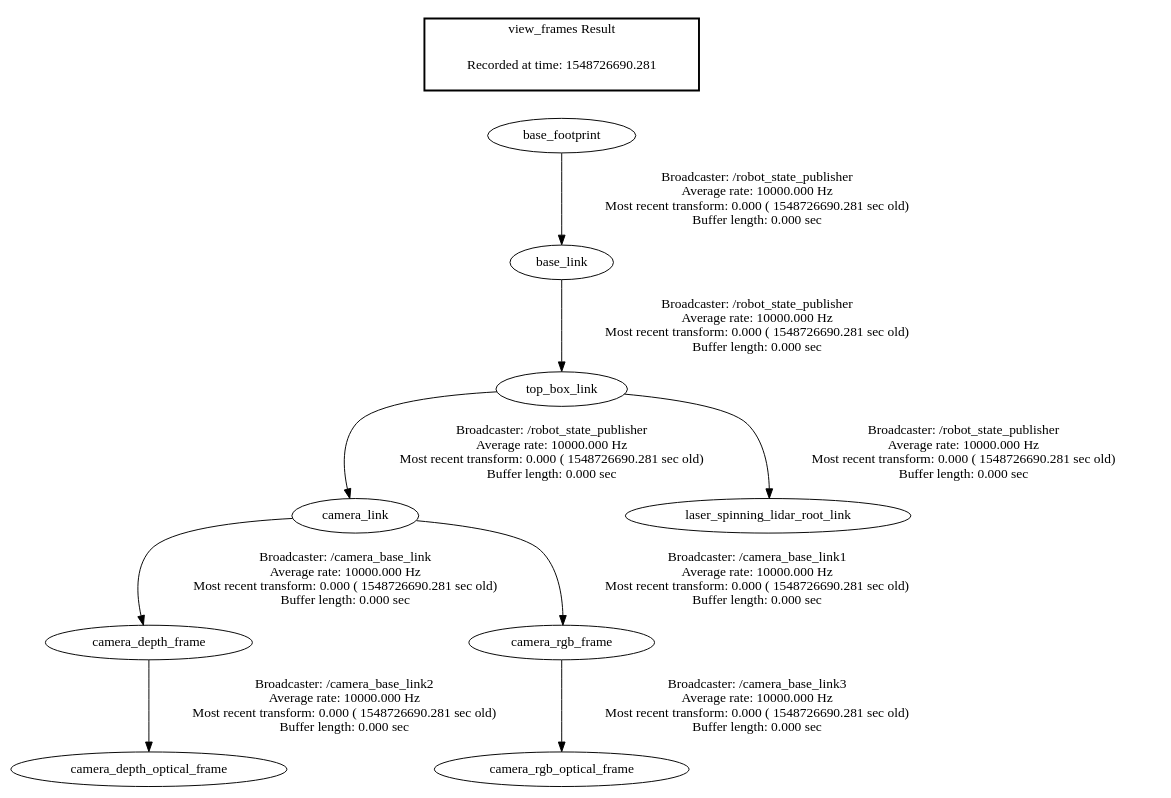
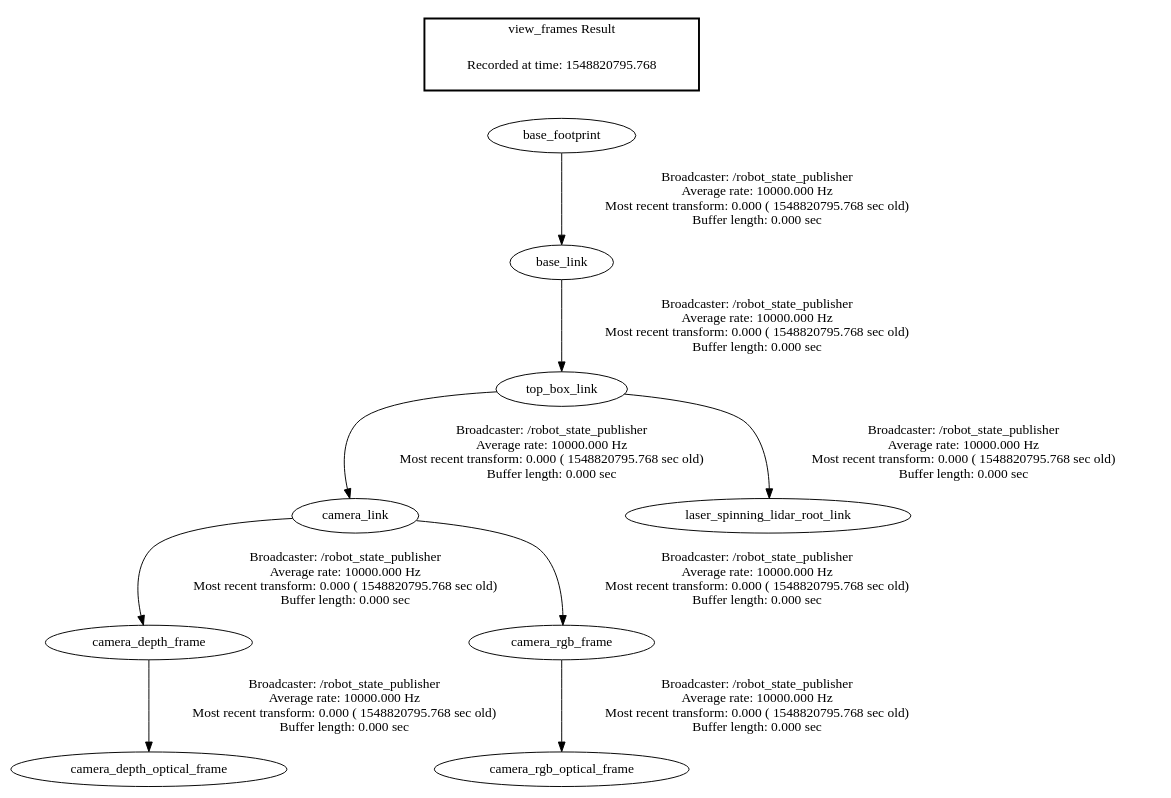
One commit to billieblaze/tankbot changed the diagram in frames.gv. Above: the diagram before and after it, drawn with Graphviz. The commit also changed 3 other files, not shown here.

```diff
--- a/frames.gv
+++ b/frames.gv
@@ -1,14 +1,14 @@
 digraph G {
-"base_footprint" -> "base_link"[label="Broadcaster: /robot_state_publisher\nAverage rate: 10000.000 Hz\nMost recent transform: 0.000 ( 1548726690.281 sec old)\nBuffer length: 0.000 sec\n"];
-"camera_link" -> "camera_depth_frame"[label="Broadcaster: /camera_base_link\nAverage rate: 10000.000 Hz\nMost recent transform: 0.000 ( 1548726690.281 sec old)\nBuffer length: 0.000 sec\n"];
-"top_box_link" -> "camera_link"[label="Broadcaster: /robot_state_publisher\nAverage rate: 10000.000 Hz\nMost recent transform: 0.000 ( 1548726690.281 sec old)\nBuffer length: 0.000 sec\n"];
-"camera_depth_frame" -> "camera_depth_optical_frame"[label="Broadcaster: /camera_base_link2\nAverage rate: 10000.000 Hz\nMost recent transform: 0.000 ( 1548726690.281 sec old)\nBuffer length: 0.000 sec\n"];
-"base_link" -> "top_box_link"[label="Broadcaster: /robot_state_publisher\nAverage rate: 10000.000 Hz\nMost recent transform: 0.000 ( 1548726690.281 sec old)\nBuffer length: 0.000 sec\n"];
-"camera_link" -> "camera_rgb_frame"[label="Broadcaster: /camera_base_link1\nAverage rate: 10000.000 Hz\nMost recent transform: 0.000 ( 1548726690.281 sec old)\nBuffer length: 0.000 sec\n"];
-"camera_rgb_frame" -> "camera_rgb_optical_frame"[label="Broadcaster: /camera_base_link3\nAverage rate: 10000.000 Hz\nMost recent transform: 0.000 ( 1548726690.281 sec old)\nBuffer length: 0.000 sec\n"];
-"top_box_link" -> "laser_spinning_lidar_root_link"[label="Broadcaster: /robot_state_publisher\nAverage rate: 10000.000 Hz\nMost recent transform: 0.000 ( 1548726690.281 sec old)\nBuffer length: 0.000 sec\n"];
+"base_footprint" -> "base_link"[label="Broadcaster: /robot_state_publisher\nAverage rate: 10000.000 Hz\nMost recent transform: 0.000 ( 1548820795.768 sec old)\nBuffer length: 0.000 sec\n"];
+"camera_link" -> "camera_depth_frame"[label="Broadcaster: /robot_state_publisher\nAverage rate: 10000.000 Hz\nMost recent transform: 0.000 ( 1548820795.768 sec old)\nBuffer length: 0.000 sec\n"];
+"top_box_link" -> "camera_link"[label="Broadcaster: /robot_state_publisher\nAverage rate: 10000.000 Hz\nMost recent transform: 0.000 ( 1548820795.768 sec old)\nBuffer length: 0.000 sec\n"];
+"camera_depth_frame" -> "camera_depth_optical_frame"[label="Broadcaster: /robot_state_publisher\nAverage rate: 10000.000 Hz\nMost recent transform: 0.000 ( 1548820795.768 sec old)\nBuffer length: 0.000 sec\n"];
+"base_link" -> "top_box_link"[label="Broadcaster: /robot_state_publisher\nAverage rate: 10000.000 Hz\nMost recent transform: 0.000 ( 1548820795.768 sec old)\nBuffer length: 0.000 sec\n"];
+"camera_link" -> "camera_rgb_frame"[label="Broadcaster: /robot_state_publisher\nAverage rate: 10000.000 Hz\nMost recent transform: 0.000 ( 1548820795.768 sec old)\nBuffer length: 0.000 sec\n"];
+"camera_rgb_frame" -> "camera_rgb_optical_frame"[label="Broadcaster: /robot_state_publisher\nAverage rate: 10000.000 Hz\nMost recent transform: 0.000 ( 1548820795.768 sec old)\nBuffer length: 0.000 sec\n"];
+"top_box_link" -> "laser_spinning_lidar_root_link"[label="Broadcaster: /robot_state_publisher\nAverage rate: 10000.000 Hz\nMost recent transform: 0.000 ( 1548820795.768 sec old)\nBuffer length: 0.000 sec\n"];
 edge [style=invis];
  subgraph cluster_legend { style=bold; color=black; label ="view_frames Result";
-"Recorded at time: 1548726690.281"[ shape=plaintext ] ;
+"Recorded at time: 1548820795.768"[ shape=plaintext ] ;
  }->"base_footprint";
 }
```
